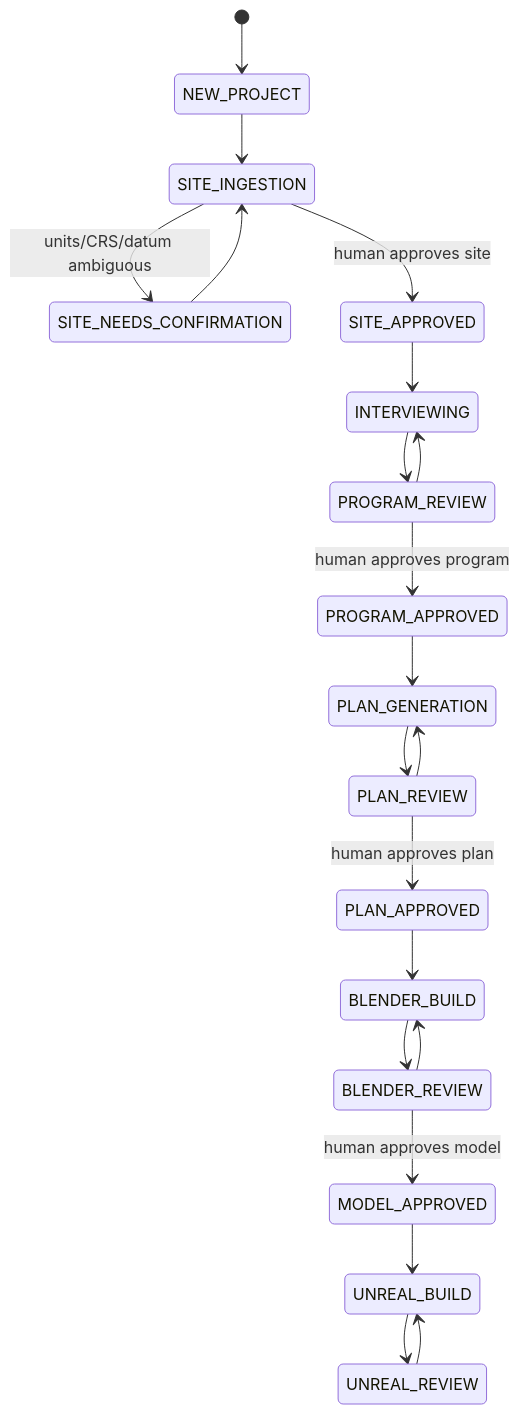
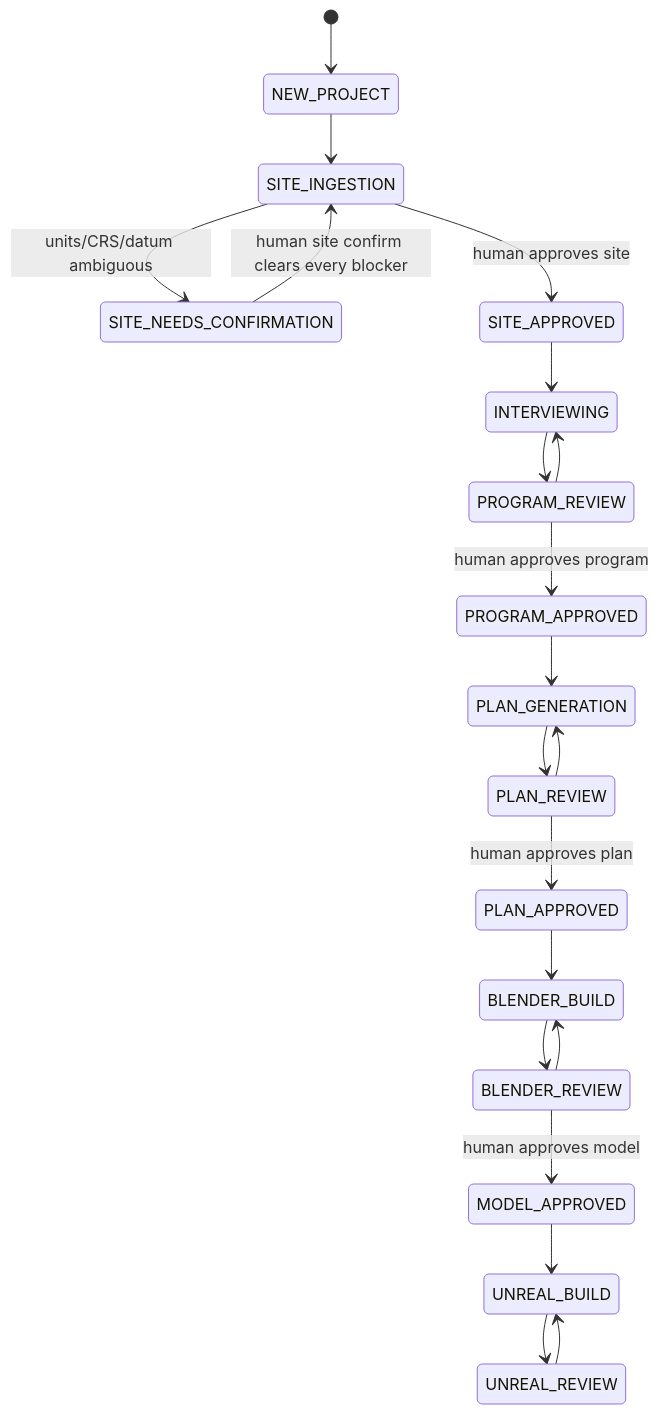
One commit to eqaderi/house-plans changed the diagram in docs/ARCHITECTURE.md. Above: the diagram before and after it, drawn with Mermaid. The commit also changed other lines of this file and 11 other files, not shown here.

First line of the commit message:
fix: site confirmation leaves the site gate approvable (refs #13)

````diff
--- a/docs/ARCHITECTURE.md
+++ b/docs/ARCHITECTURE.md
@@ -115,23 +115,23 @@
 ```mermaid
 stateDiagram-v2
     [*] --> NEW_PROJECT
     NEW_PROJECT --> SITE_INGESTION
     SITE_INGESTION --> SITE_NEEDS_CONFIRMATION: units/CRS/datum ambiguous
-    SITE_NEEDS_CONFIRMATION --> SITE_INGESTION
+    SITE_NEEDS_CONFIRMATION --> SITE_INGESTION: human site confirm clears every blocker
     SITE_INGESTION --> SITE_APPROVED: human approves site
     SITE_APPROVED --> INTERVIEWING
     INTERVIEWING --> PROGRAM_REVIEW
     PROGRAM_REVIEW --> INTERVIEWING
     PROGRAM_REVIEW --> PROGRAM_APPROVED: human approves program
     PROGRAM_APPROVED --> PLAN_GENERATION
     PLAN_GENERATION --> PLAN_REVIEW
     PLAN_REVIEW --> PLAN_GENERATION
     PLAN_REVIEW --> PLAN_APPROVED: human approves plan
     PLAN_APPROVED --> BLENDER_BUILD
     BLENDER_BUILD --> BLENDER_REVIEW
     BLENDER_REVIEW --> BLENDER_BUILD
     BLENDER_REVIEW --> MODEL_APPROVED: human approves model
     MODEL_APPROVED --> UNREAL_BUILD
     UNREAL_BUILD --> UNREAL_REVIEW
     UNREAL_REVIEW --> UNREAL_BUILD
 ```
````
